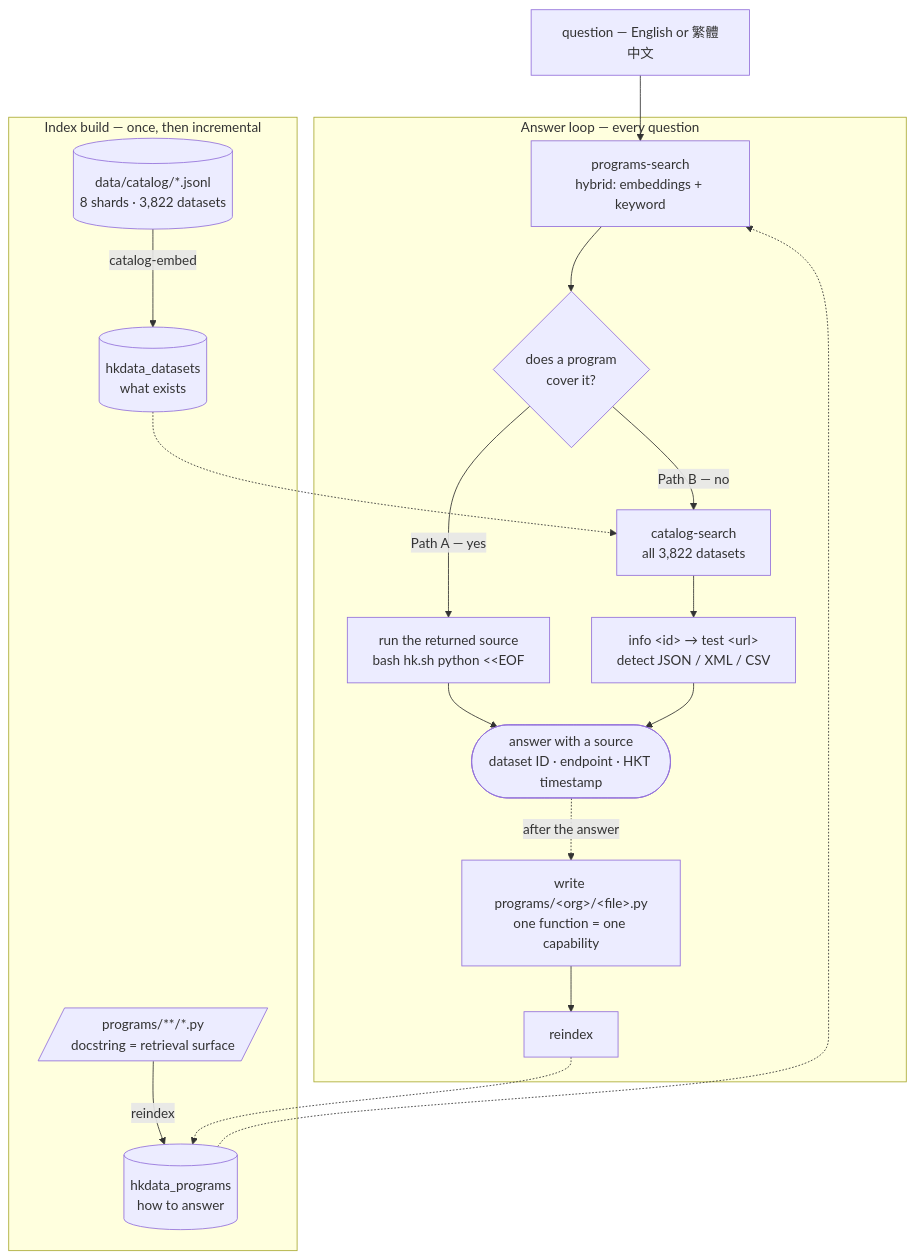
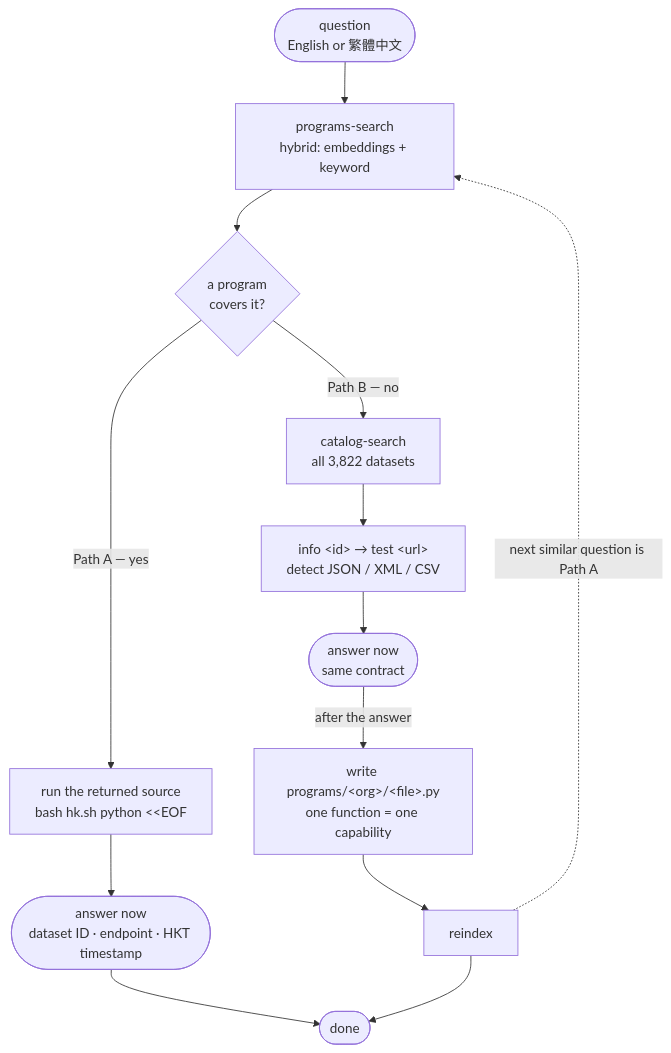
The diagram in README.md (aurathecute-boop/hkdata-1), drawn with Mermaid before and after one commit. The commit also changed other lines of this file and 1 other file, not shown here.

Commit message:
docs(readme): fix flow — only Path B writes a program

````diff
--- a/README.md
+++ b/README.md
@@ -81,35 +81,18 @@
 ```mermaid
 flowchart TD
-    subgraph answer["Answer loop — every question"]
-        PS["programs-search<br/>hybrid: embeddings + keyword"]
-        HIT{"does a program<br/>cover it?"}
-        RUN["run the returned source<br/>bash hk.sh python &lt;&lt;EOF"]
-        CS["catalog-search<br/>all 3,822 datasets"]
-        IT["info &lt;id&gt; → test &lt;url&gt;<br/>detect JSON / XML / CSV"]
-        ANS(["answer with a source<br/>dataset ID · endpoint · HKT timestamp"])
-        WRITE["write programs/&lt;org&gt;/&lt;file&gt;.py<br/>one function = one capability"]
-        RI["reindex"]
+    Q(["question<br/>English or 繁體中文"]) --> PS["programs-search<br/>hybrid: embeddings + keyword"]
+    PS --> D{"a program<br/>covers it?"}
 
-        PS --> HIT
-        HIT -->|"Path A — yes"| RUN
-        HIT -->|"Path B — no"| CS
-        RUN --> ANS
-        CS --> IT --> ANS
-        ANS -.->|"after the answer"| WRITE
-        WRITE --> RI
-    end
+    D -->|"Path A — yes"| RUN["run the returned source<br/>bash hk.sh python &lt;&lt;EOF"]
+    RUN --> A1(["answer now<br/>dataset ID · endpoint · HKT timestamp"])
 
-    subgraph build["Index build — once, then incremental"]
-        SH[("data/catalog/*.jsonl<br/>8 shards · 3,822 datasets")]
-        PROG[/"programs/**/*.py<br/>docstring = retrieval surface"/]
-        CSTORE[("hkdata_datasets<br/>what exists")]
-        PSTORE[("hkdata_programs<br/>how to answer")]
-        SH -->|catalog-embed| CSTORE
-        PROG -->|reindex| PSTORE
-    end
+    D -->|"Path B — no"| CS["catalog-search<br/>all 3,822 datasets"]
+    CS --> IT["info &lt;id&gt; → test &lt;url&gt;<br/>detect JSON / XML / CSV"]
+    IT --> A2(["answer now<br/>same contract"])
+    A2 -->|"after the answer"| W["write programs/&lt;org&gt;/&lt;file&gt;.py<br/>one function = one capability"]
+    W --> RI["reindex"]
 
-    Q["question — English or 繁體中文"] --> PS
-    CSTORE -.-> CS
-    PSTORE -.-> PS
-    RI -.-> PSTORE
+    RI -.->|"next similar question is Path A"| PS
+    A1 --> DONE(["done"])
+    RI --> DONE
 ```
````
